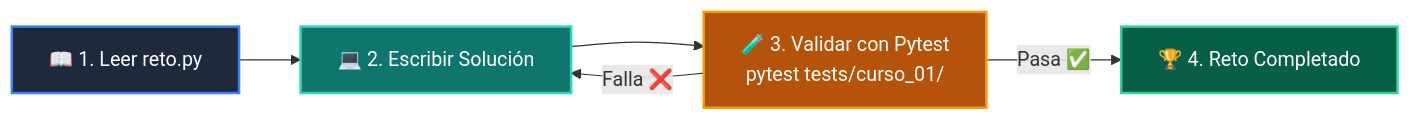
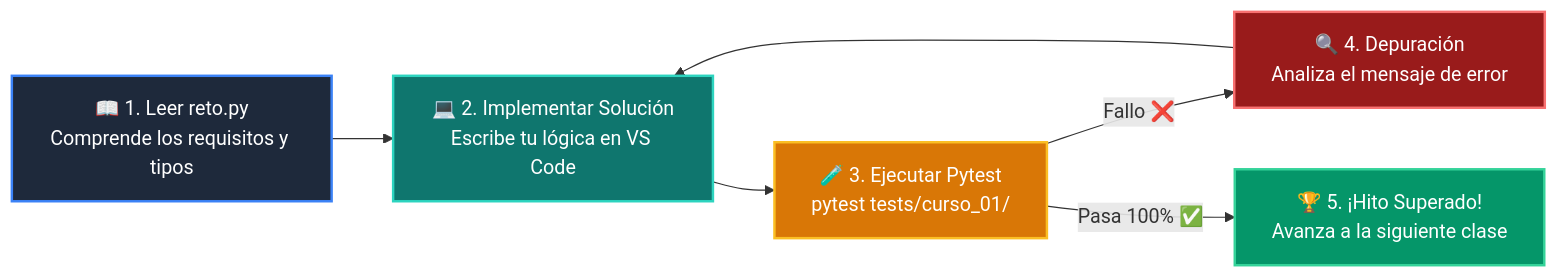
One commit to wisrovi/wisrovi-python changed the diagram in 01-fundamentos-python/clase-01-panorama-general/ejercicios/README.md. Above: the diagram before and after it, drawn with Mermaid. The commit also changed other lines of this file and 226 other files, not shown here.

Commit message:
docs: elevate all repository READMEs to world-class mastery standard with rich pedagogical architecture, custom Mermaids, and professional styling

````diff
--- a/01-fundamentos-python/clase-01-panorama-general/ejercicios/README.md
+++ b/01-fundamentos-python/clase-01-panorama-general/ejercicios/README.md
@@ -15,12 +20,14 @@
 ```mermaid
 flowchart LR
-    A["📖 1. Leer reto.py"] --> B["💻 2. Escribir Solución"]
-    B --> C["🧪 3. Validar con Pytest<br/>pytest tests/curso_01/"]
-    C -->|Falla ❌| B
-    C -->|Pasa ✅| D["🏆 4. Reto Completado"]
+    A["📖 1. Leer reto.py<br/>Comprende los requisitos y tipos"] --> B["💻 2. Implementar Solución<br/>Escribe tu lógica en VS Code"]
+    B --> C["🧪 3. Ejecutar Pytest<br/>pytest tests/curso_01/"]
+    C -->|Fallo ❌| D["🔍 4. Depuración<br/>Analiza el mensaje de error"]
+    D --> B
+    C -->|Pasa 100% ✅| E["🏆 5. ¡Hito Superado!<br/>Avanza a la siguiente clase"]
 
-    style A fill:#1e293b,color:#fff,stroke:#3b82f6,stroke-width:2px
-    style B fill:#0f766e,color:#fff,stroke:#2dd4bf,stroke-width:2px
-    style C fill:#b45309,color:#fff,stroke:#f59e0b,stroke-width:2px
-    style D fill:#065f46,color:#fff,stroke:#34d399,stroke-width:2px
+    style A fill:#1e293b,color:#ffffff,stroke:#3b82f6,stroke-width:2px
+    style B fill:#0f766e,color:#ffffff,stroke:#2dd4bf,stroke-width:2px
+    style C fill:#d97706,color:#ffffff,stroke:#fbbf24,stroke-width:2px
+    style D fill:#991b1b,color:#ffffff,stroke:#f87171,stroke-width:2px
+    style E fill:#059669,color:#ffffff,stroke:#34d399,stroke-width:2px
 ```
````
